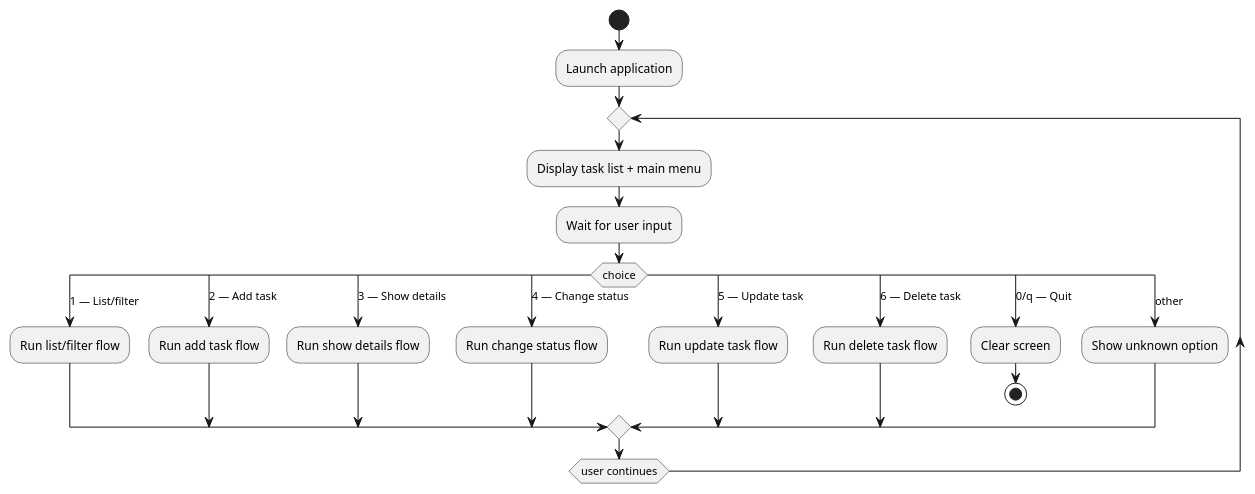
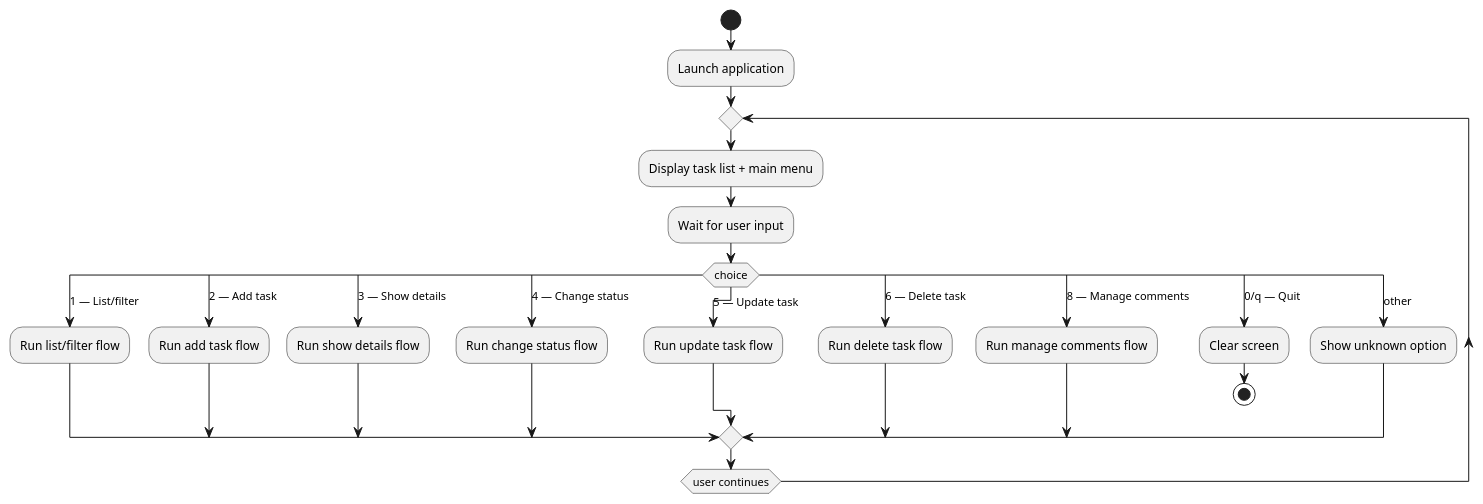
The diagram in experiments/broadcast/user_stories/TODO/artifacts/activity_diagram.puml (DanielRiha8906/Software_autoevolution_using_agents), drawn with PlantUML before and after one commit. The commit also changed 11 other files, not shown here.

```diff
--- a/experiments/broadcast/user_stories/TODO/artifacts/activity_diagram.puml
+++ b/experiments/broadcast/user_stories/TODO/artifacts/activity_diagram.puml
@@ -1,32 +1,34 @@
 @startuml
 
 start
 :Launch application;
 
 repeat
   :Display task list + main menu;
   :Wait for user input;
 
   switch (choice)
     case (1 — List/filter)
       :Run list/filter flow;
     case (2 — Add task)
       :Run add task flow;
     case (3 — Show details)
       :Run show details flow;
     case (4 — Change status)
       :Run change status flow;
     case (5 — Update task)
       :Run update task flow;
     case (6 — Delete task)
       :Run delete task flow;
+    case (8 — Manage comments)
+      :Run manage comments flow;
     case (0/q — Quit)
       :Clear screen;
       stop
     case (other)
       :Show unknown option;
   endswitch
 
 repeat while (user continues)
 
 @enduml
```
